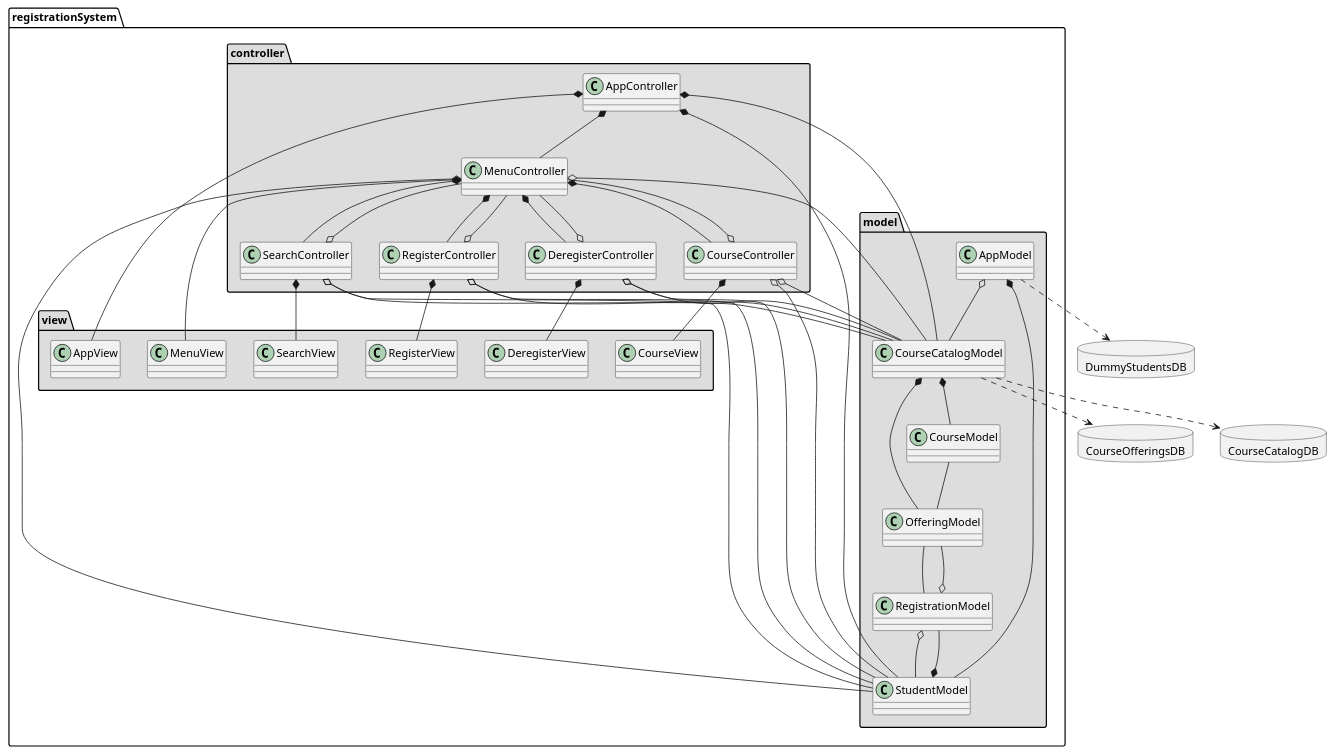
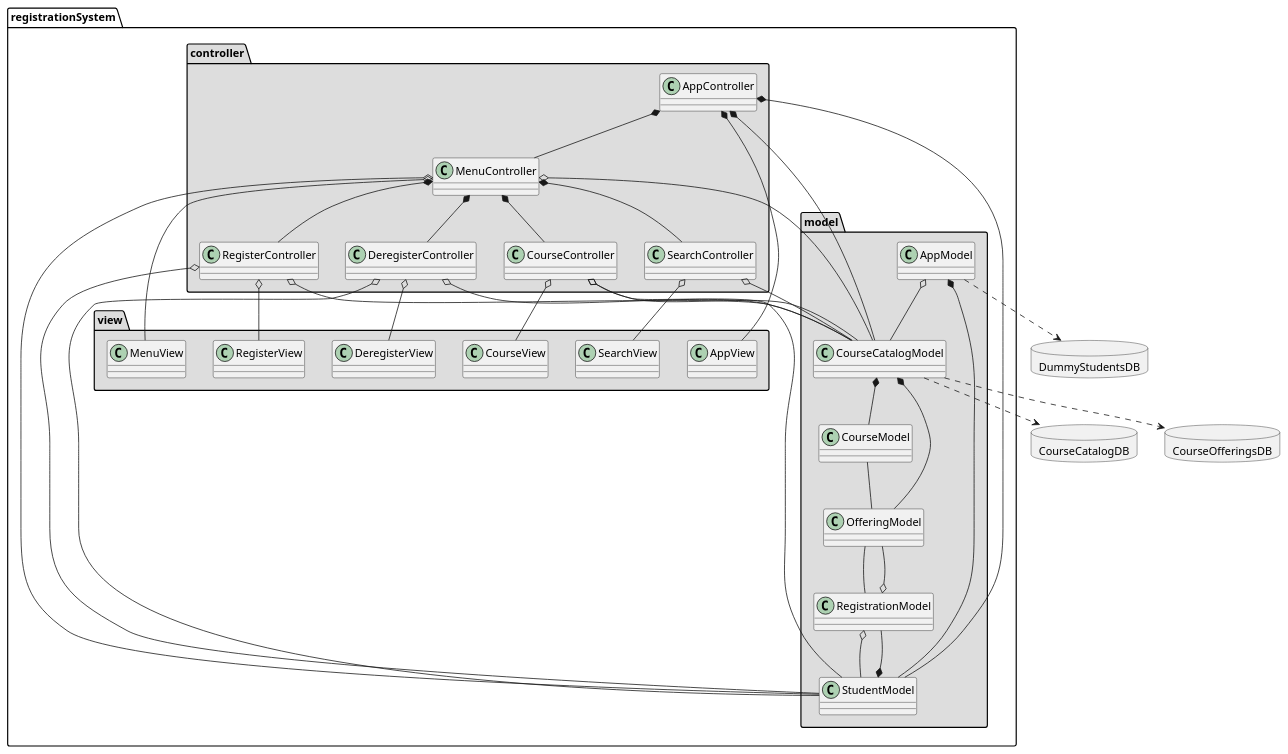
The diagram in uml/class_code.wsd (zbhavyai/course-registration-system), drawn with PlantUML before and after one commit. The commit also changed 1 other file, not shown here.

Commit message:
Updated the uml to reflect changes in the code

```diff
--- a/uml/class_code.wsd
+++ b/uml/class_code.wsd
@@ -1,86 +1,81 @@
 @startuml class_crs
 
 allow_mixing
 
 package registrationSystem.model #DDDDDD
 {
     class AppModel
     class CourseCatalogModel
     class CourseModel
     class OfferingModel
     class RegistrationModel
     class StudentModel
 
     AppModel o-- CourseCatalogModel
     AppModel *-- StudentModel
     CourseCatalogModel *-- CourseModel
     CourseCatalogModel *-- OfferingModel
     CourseModel -- OfferingModel
     OfferingModel -- RegistrationModel
     RegistrationModel o-- StudentModel
     RegistrationModel o-- OfferingModel
     StudentModel *-- RegistrationModel
 }
 
 package registrationSystem.view #DDDDDD
 {
     class AppView
     class MenuView
     class SearchView
     class RegisterView
     class DeregisterView
     class CourseView
 }
 
 package registrationSystem.controller #DDDDDD
 {
     class AppController
     class MenuController
     class SearchController
     class RegisterController
     class DeregisterController
     class CourseController
 
     AppController *-- AppView
     AppController *-- CourseCatalogModel
     AppController *-- StudentModel
     AppController *-- MenuController
 
-    MenuController *-- MenuView
+    MenuController o-- MenuView
     MenuController o-- CourseCatalogModel
     MenuController o-- StudentModel
     MenuController *-- SearchController
     MenuController *-- RegisterController
     MenuController *-- DeregisterController
     MenuController *-- CourseController
 
-    SearchController *-- SearchView
-    SearchController o-- MenuController
+    SearchController o-- SearchView
     SearchController o-- CourseCatalogModel
-    SearchController o-- StudentModel
 
-    RegisterController *-- RegisterView
-    RegisterController o-- MenuController
+    RegisterController o-- RegisterView
     RegisterController o-- CourseCatalogModel
     RegisterController o-- StudentModel
 
-    DeregisterController *-- DeregisterView
-    DeregisterController o-- MenuController
+    DeregisterController o-- DeregisterView
     DeregisterController o-- CourseCatalogModel
     DeregisterController o-- StudentModel
 
-    CourseController *-- CourseView
-    CourseController o-- MenuController
+    CourseController o-- CourseView
     CourseController o-- CourseCatalogModel
     CourseController o-- StudentModel
 }
 
 database CourseCatalogDB
 database CourseOfferingsDB
 database DummyStudentsDB
 
 AppModel ..> DummyStudentsDB
 CourseCatalogModel ..> CourseOfferingsDB
 CourseCatalogModel ..> CourseCatalogDB
 
 @enduml
```
